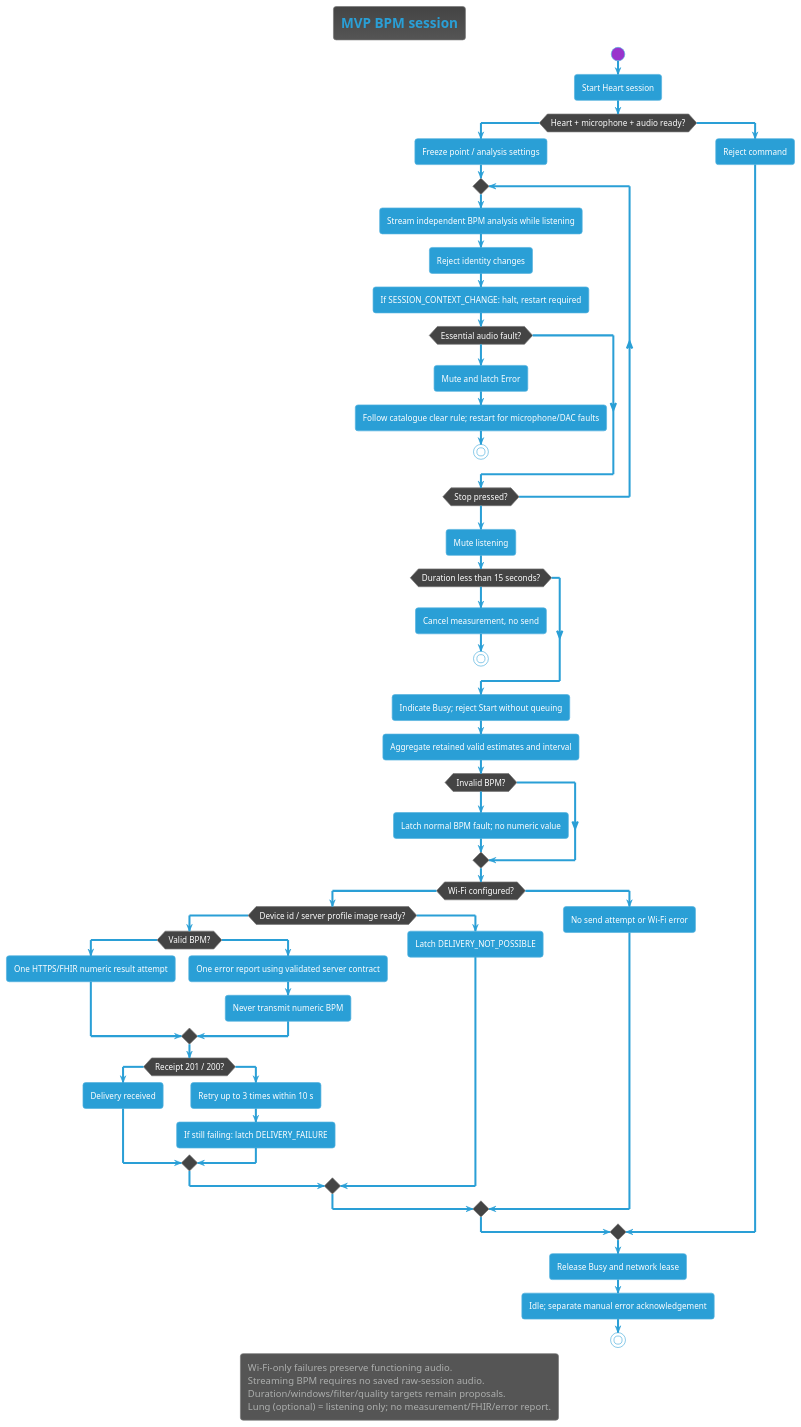
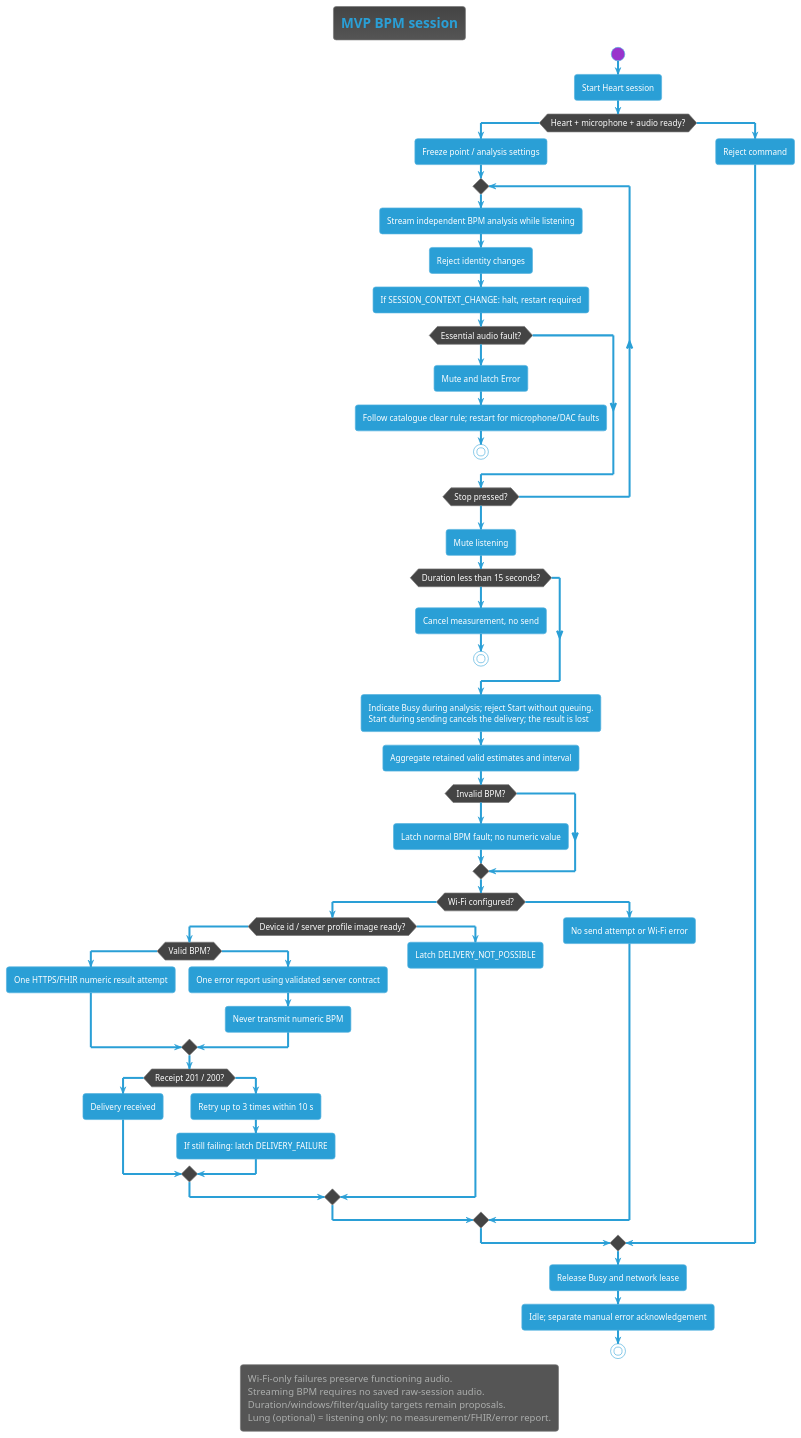
Before and after one commit to DemonicPsychoII/DigitalStethoscope: the diagram in Development/system/architecture/system/measurement-workflow.puml, drawn with PlantUML. The commit also changed 18 other files, not shown here.

First line of the commit message:
documentation: apply the 13 November decisions on delivery start, Start during sending, cleanup services, result freeze points and filter roles

```diff
--- a/Development/system/architecture/system/measurement-workflow.puml
+++ b/Development/system/architecture/system/measurement-workflow.puml
@@ -1,62 +1,62 @@
 @startuml measurement_workflow
 !theme cyborg
 skinparam shadowing false
 skinparam defaultFontName SansSerif
 title MVP BPM session
 start
 :Start Heart session;
 if (Heart + microphone + audio ready?) then (yes)
  :Freeze point / analysis settings;
  repeat
   :Stream independent BPM analysis while listening;
   :Reject identity changes;
   :If SESSION_CONTEXT_CHANGE: halt, restart required;
   if (Essential audio fault?) then (yes)
    :Mute and latch Error;
    :Follow catalogue clear rule; restart for microphone/DAC faults;
    stop
   endif
  repeat while (Stop pressed?) is (no) not (yes)
  :Mute listening;
  if (Duration less than 15 seconds?) then (yes)
   :Cancel measurement, no send;
   stop
  endif
- :Indicate Busy; reject Start without queuing;
+ :Indicate Busy during analysis; reject Start without queuing.\nStart during sending cancels the delivery; the result is lost;
  :Aggregate retained valid estimates and interval;
  if (Invalid BPM?) then (yes)
   :Latch normal BPM fault; no numeric value;
  endif
  if (Wi-Fi configured?) then (yes)
   if (Device id / server profile image ready?) then (yes)
    if (Valid BPM?) then (yes)
     :One HTTPS/FHIR numeric result attempt;
    else (no)
     :One error report using validated server contract;
     :Never transmit numeric BPM;
    endif
    if (Receipt 201 / 200?) then (yes)
     :Delivery received;
    else (no)
     :Retry up to 3 times within 10 s;
     :If still failing: latch DELIVERY_FAILURE;
    endif
   else (no)
    :Latch DELIVERY_NOT_POSSIBLE;
   endif
  else (no)
   :No send attempt or Wi-Fi error;
  endif
 else (no)
  :Reject command;
 endif
 :Release Busy and network lease;
 :Idle; separate manual error acknowledgement;
 stop
 legend bottom
   Wi-Fi-only failures preserve functioning audio.
   Streaming BPM requires no saved raw-session audio.
   Duration/windows/filter/quality targets remain proposals.
   Lung (optional) = listening only; no measurement/FHIR/error report.
 endlegend
 @enduml
```
